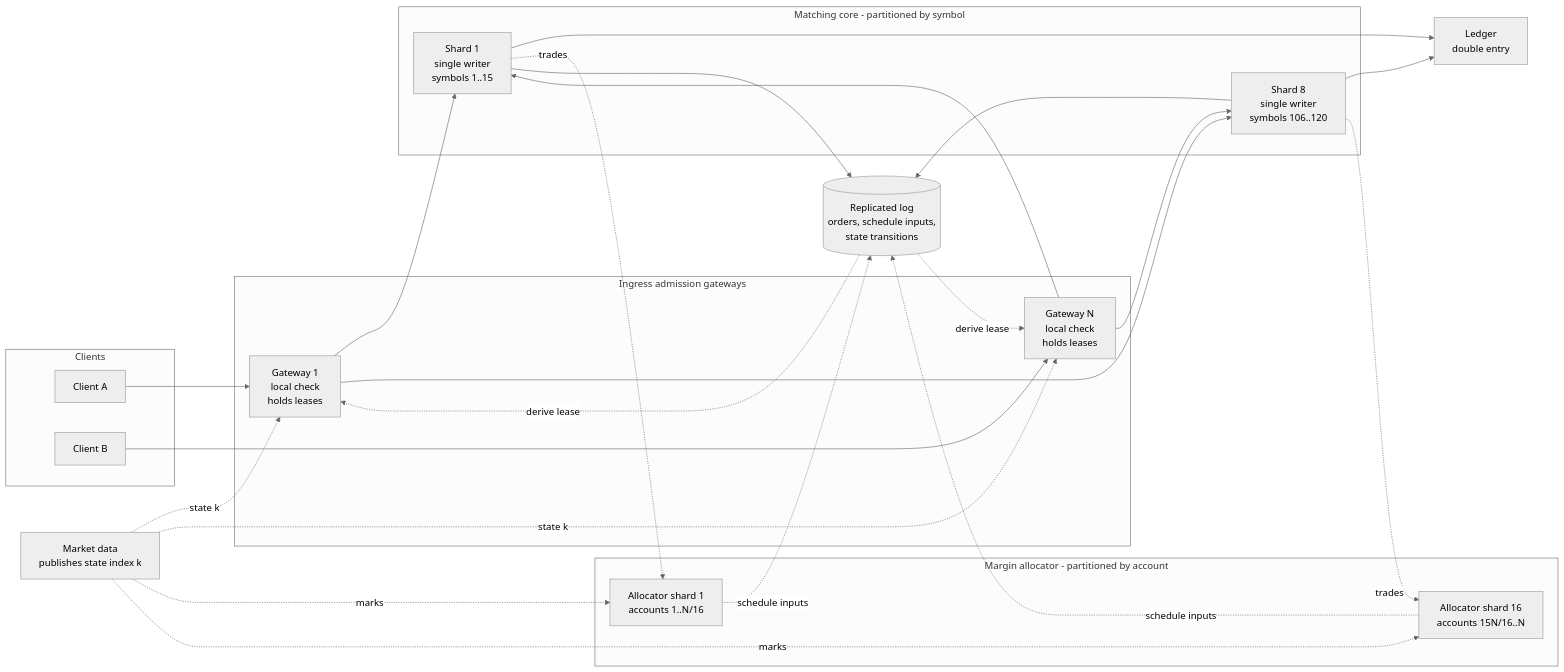
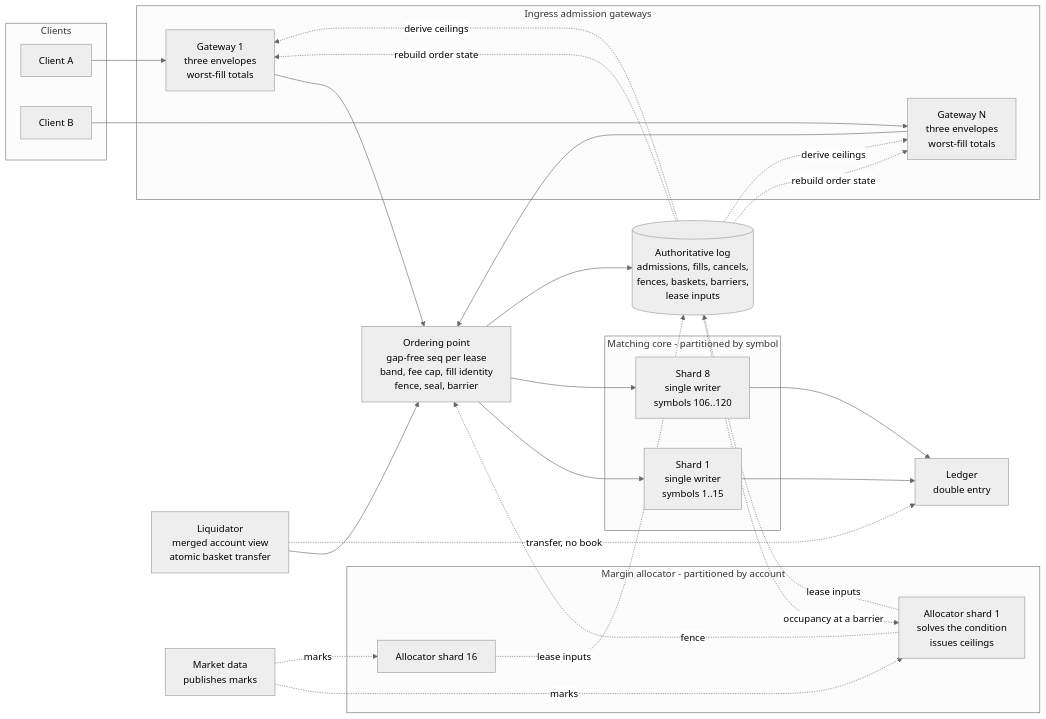
The first of 4 diagrams in paper/diagrams.md (liukefan821/marginstream), drawn with Mermaid (neutral theme) before and after one commit. The commit also changed other lines of this file and 9 other files, not shown here.

Commit message:
Whitepaper: final condition in 2.4-2.7, CAP correction in 3.1/3.3, idempotency chain and liquidation in 5.3/5.4, TCB admission in 6.1, ADR-2/3 reversed, four figures redrawn

````diff
--- a/paper/diagrams.md
+++ b/paper/diagrams.md
@@ -15,47 +20,51 @@
 ```mermaid
 flowchart LR
   subgraph CL[Clients]
     C1[Client A]
     C2[Client B]
   end
 
   subgraph GW[Ingress admission gateways]
-    G1[Gateway 1<br/>local check<br/>holds leases]
-    G2[Gateway N<br/>local check<br/>holds leases]
+    G1[Gateway 1<br/>three envelopes<br/>worst-fill totals]
+    G2[Gateway N<br/>three envelopes<br/>worst-fill totals]
   end
+
+  OP[Ordering point<br/>gap-free seq per lease<br/>band, fee cap, fill identity<br/>fence, seal, barrier]
 
   subgraph CORE[Matching core - partitioned by symbol]
     M1[Shard 1<br/>single writer<br/>symbols 1..15]
     M2[Shard 8<br/>single writer<br/>symbols 106..120]
   end
 
   subgraph ALLOC[Margin allocator - partitioned by account]
-    A1[Allocator shard 1<br/>accounts 1..N/16]
-    A2[Allocator shard 16<br/>accounts 15N/16..N]
+    A1[Allocator shard 1<br/>solves the condition<br/>issues ceilings]
+    A2[Allocator shard 16]
   end
 
-  MD[Market data<br/>publishes state index k]
-  LG[(Replicated log<br/>orders, schedule inputs,<br/>state transitions)]
+  LQ[Liquidator<br/>merged account view<br/>atomic basket transfer]
+  MD[Market data<br/>publishes marks]
+  LG[(Authoritative log<br/>admissions, fills, cancels,<br/>fences, baskets, barriers,<br/>lease inputs)]
   LD[Ledger<br/>double entry]
 
   C1 --> G1
   C2 --> G2
-  G1 --> M1
-  G1 --> M2
-  G2 --> M1
-  G2 --> M2
+  G1 --> OP
+  G2 --> OP
+  LQ --> OP
+  OP --> M1
+  OP --> M2
+  OP --> LG
   M1 --> LD
   M2 --> LD
-  M1 -. trades .-> A1
-  M2 -. trades .-> A2
-  MD -. state k .-> G1
-  MD -. state k .-> G2
+  LQ -. transfer, no book .-> LD
+  LG -. rebuild order state .-> G1
+  LG -. rebuild order state .-> G2
+  LG -. occupancy at a barrier .-> A1
   MD -. marks .-> A1
   MD -. marks .-> A2
-  A1 -. schedule inputs .-> LG
-  A2 -. schedule inputs .-> LG
-  LG -. derive lease .-> G1
-  LG -. derive lease .-> G2
-  M1 --> LG
-  M2 --> LG
+  A1 -. lease inputs .-> LG
+  A2 -. lease inputs .-> LG
+  LG -. derive ceilings .-> G1
+  LG -. derive ceilings .-> G2
+  A1 -. fence .-> OP
 ```
````
